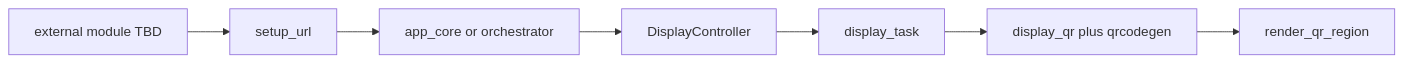
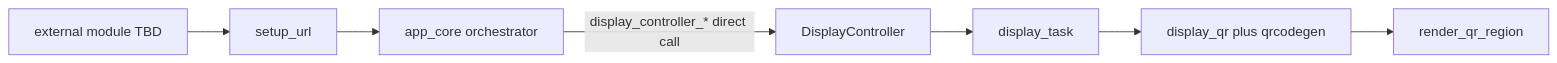
The diagram in b-hil-boards/b06_hil/firmware/docs/qr_encoder_interface.md (galopago/misistemhil), drawn with Mermaid before and after one commit. The commit also changed other lines of this file and 6 other files, not shown here.

First line of the commit message:
docs(firmware): define app_core display delivery contract for v1.

````diff
--- a/b-hil-boards/b06_hil/firmware/docs/qr_encoder_interface.md
+++ b/b-hil-boards/b06_hil/firmware/docs/qr_encoder_interface.md
@@ -92,9 +96,9 @@
 ```mermaid
 flowchart LR
     ExternalModule[external module TBD] --> SetupUrl[setup_url]
-    SetupUrl --> AppOrCore[app_core or orchestrator]
-    AppOrCore --> DisplayController[DisplayController]
+    SetupUrl --> AppCore[app_core orchestrator]
+    AppCore -->|"display_controller_* direct call"| DisplayController[DisplayController]
     DisplayController --> DisplayTask[display_task]
     DisplayTask --> QrEncoder[display_qr plus qrcodegen]
     QrEncoder --> Renderer[render_qr_region]
 ```
````
